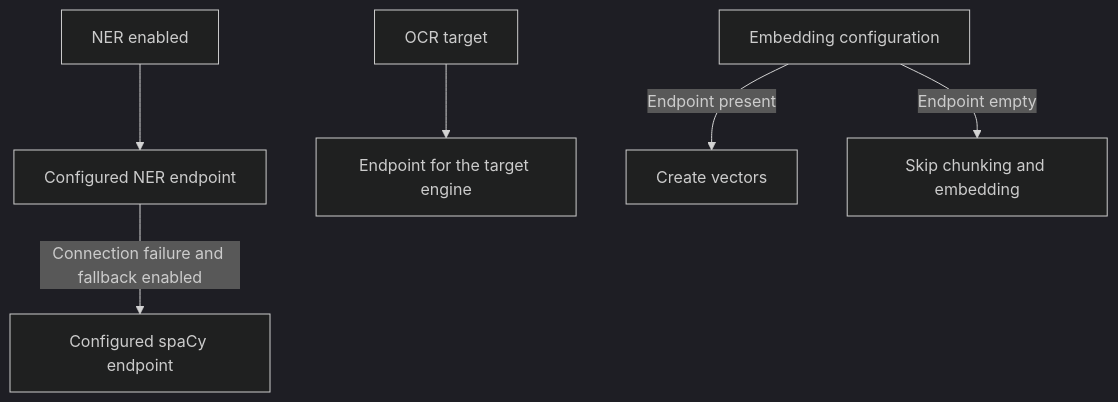
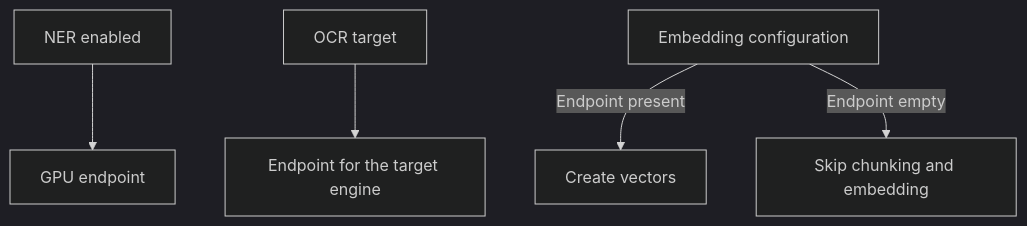
The diagram in docs/architecture/AI_Services.md (liquidinvestigations/hoover4), drawn with Mermaid (dark theme) before and after one commit. The commit also changed other lines of this file and 27 other files, not shown here.

````diff
--- a/docs/architecture/AI_Services.md
+++ b/docs/architecture/AI_Services.md
@@ -44,10 +43,9 @@
 ```mermaid
 flowchart TD
     accTitle: Capability-specific provider selection
-    accDescr: NER can use spaCy after a connection failure. OCR preserves its engine. Empty embedding configuration skips P5.
-    N[NER enabled] --> G[Configured NER endpoint]
-    G -->|Connection failure and fallback enabled| C[Configured spaCy endpoint]
+    accDescr: NER uses its GPU endpoint. OCR preserves its engine. Empty embedding configuration skips P5.
+    N[NER enabled] --> G[GPU endpoint]
     O[OCR target] --> E[Endpoint for the target engine]
     B[Embedding configuration] -->|Endpoint present| V[Create vectors]
     B -->|Endpoint empty| S[Skip chunking and embedding]
 ```
````
